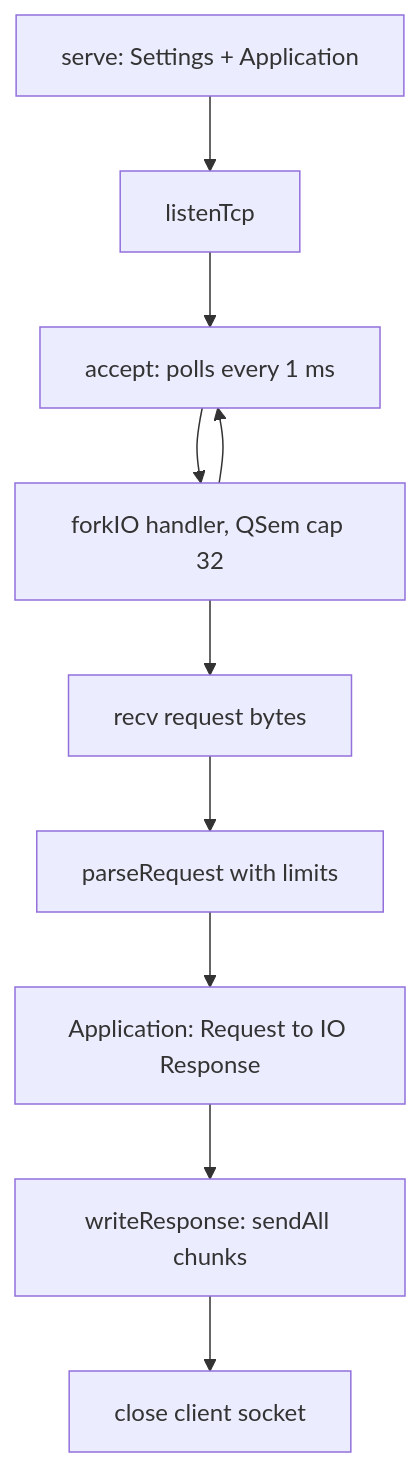
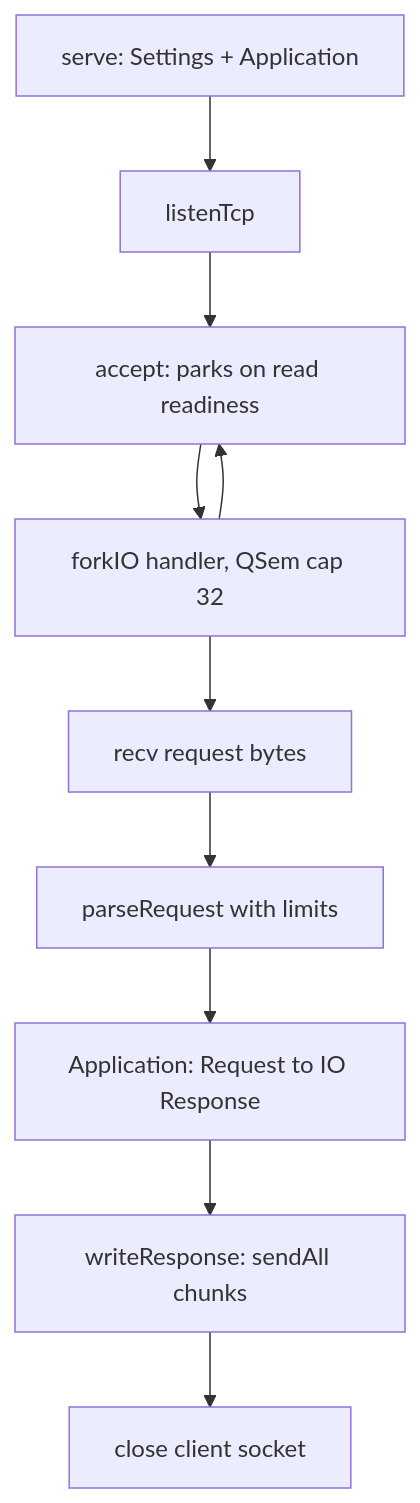
One commit to abayley/verso changed the second of 3 diagrams in docs/design/network-design.md. Above: the diagram before and after it, drawn with Mermaid. The commit also changed other lines of this file and 3 other files, not shown here.

````diff
--- a/docs/design/network-design.md
+++ b/docs/design/network-design.md
@@ -64,12 +69,12 @@
 ```mermaid
 flowchart TD
     serve[serve: Settings + Application] --> listen[listenTcp]
-    listen --> acceptLoop[accept: polls every 1 ms]
+    listen --> acceptLoop[accept: parks on read readiness]
     acceptLoop --> fork[forkIO handler, QSem cap 32]
     fork --> acceptLoop
     fork --> recv[recv request bytes]
     recv --> parse[parseRequest with limits]
     parse --> app[Application: Request to IO Response]
     app --> write[writeResponse: sendAll chunks]
     write --> close[close client socket]
 ```
````
